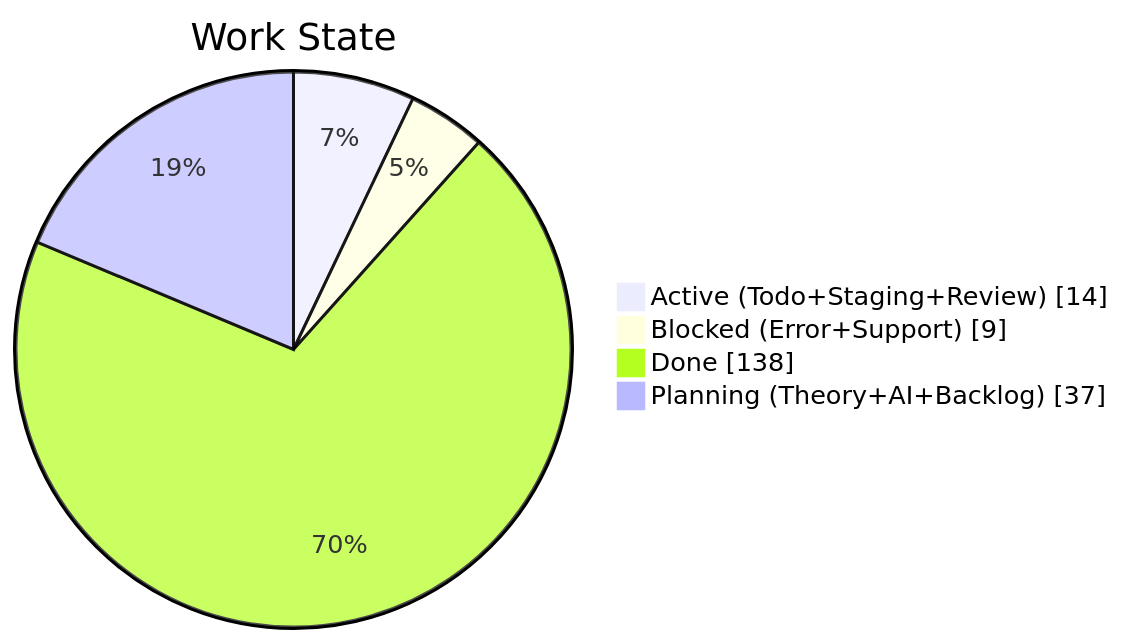
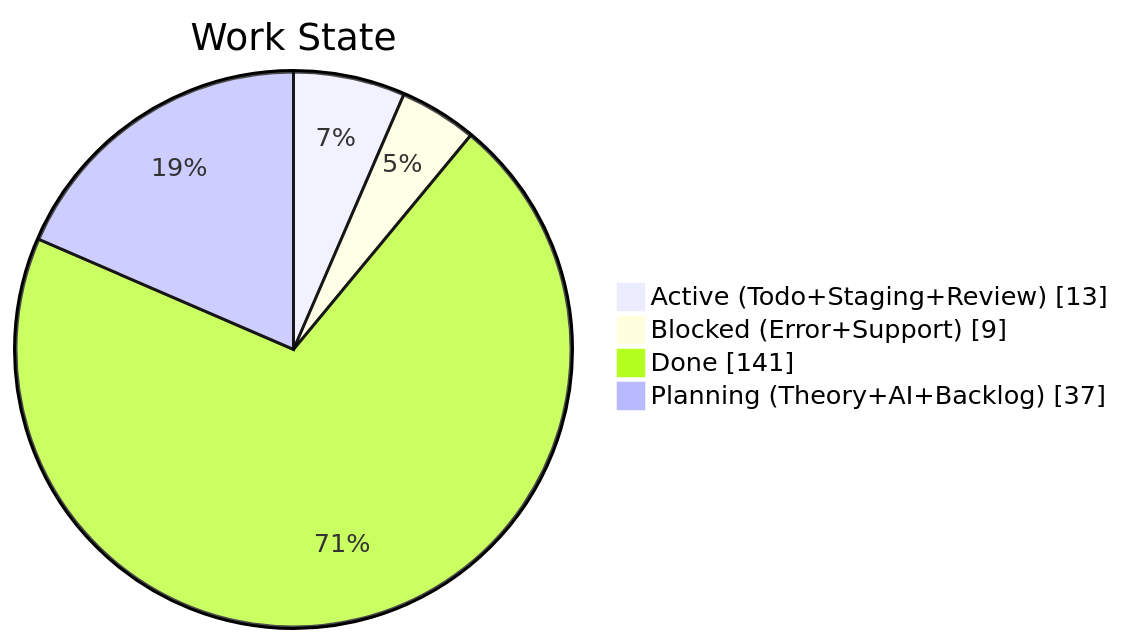
The second of 4 diagrams in apps/kbve/astro-kbve/src/content/docs/dashboard/kanban-data.mdx (KBVE/kbve), drawn with Mermaid before and after one commit. The commit also changed other lines of this file and 7 other files, not shown here.

````diff
--- a/apps/kbve/astro-kbve/src/content/docs/dashboard/kanban-data.mdx
+++ b/apps/kbve/astro-kbve/src/content/docs/dashboard/kanban-data.mdx
@@ -68,8 +67,8 @@
 ```mermaid
 pie showData
     title Work State
-    "Active (Todo+Staging+Review)" : 14
+    "Active (Todo+Staging+Review)" : 13
     "Blocked (Error+Support)" : 9
-    "Done" : 138
+    "Done" : 141
     "Planning (Theory+AI+Backlog)" : 37
 ```
````
